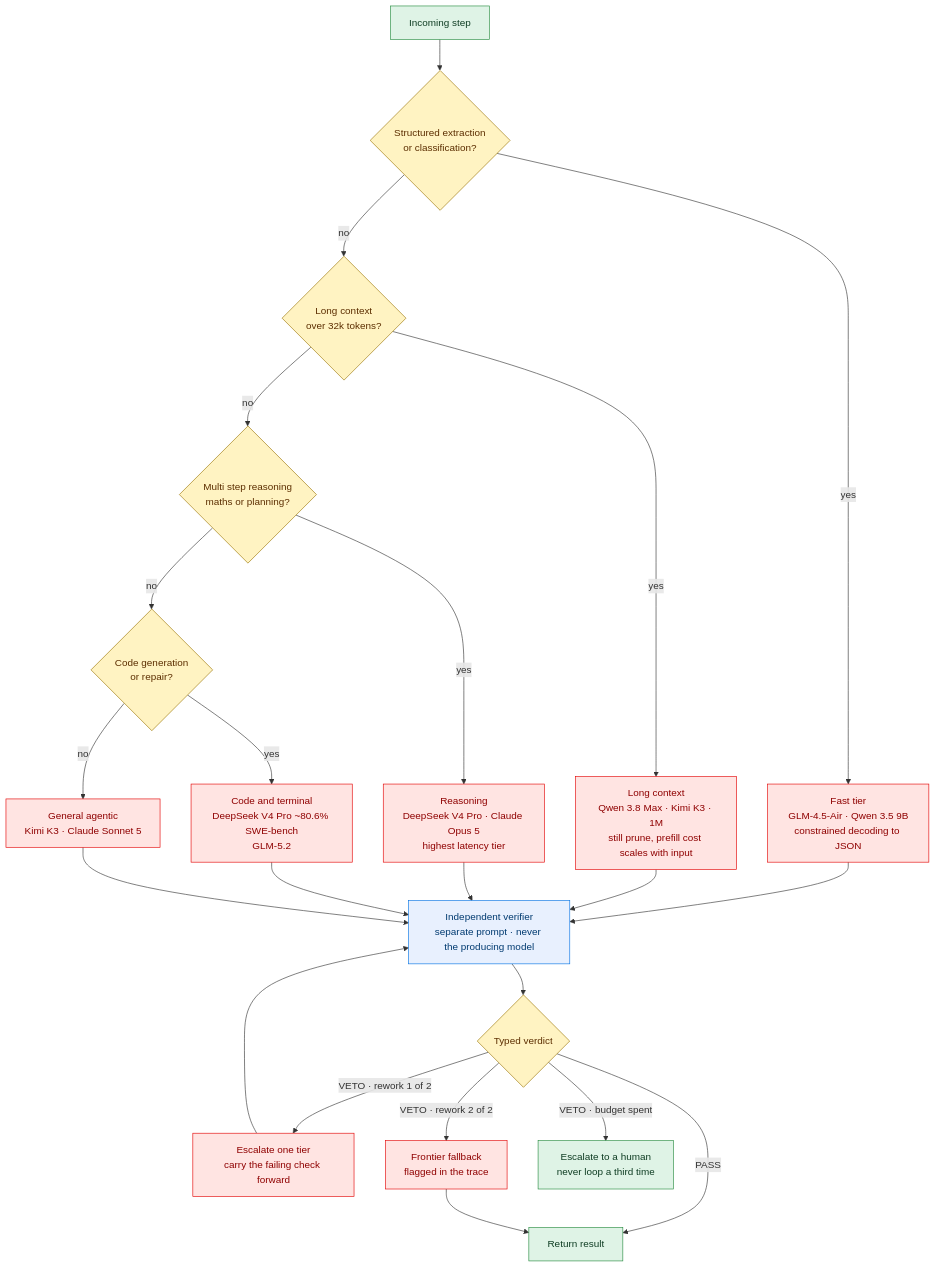
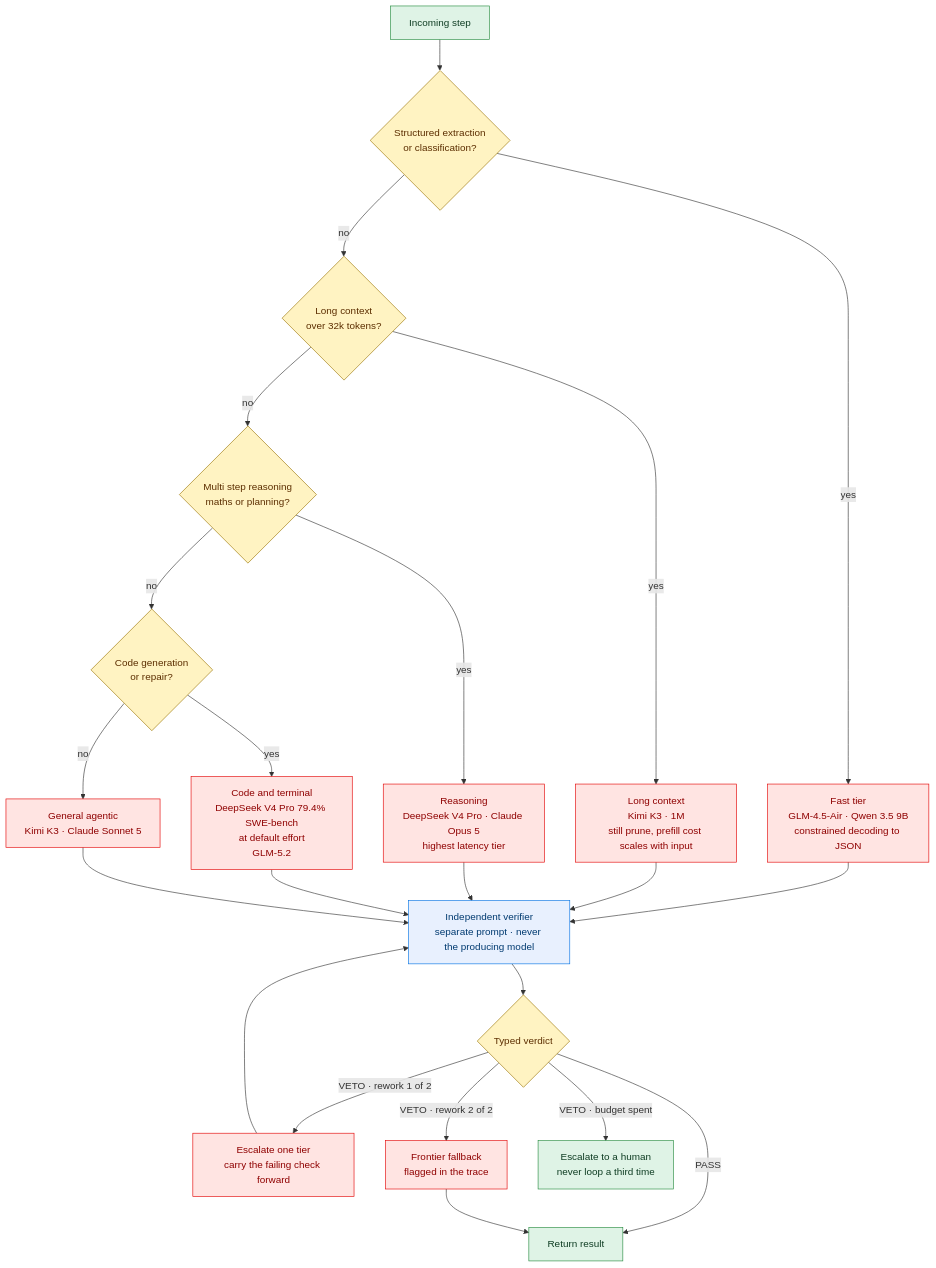
Before and after one commit to mlvpatel/open-weight-agent-stack: the diagram in diagrams/src/model-routing.mmd, drawn with Mermaid. The commit also changed 15 other files, not shown here.

```diff
--- a/diagrams/src/model-routing.mmd
+++ b/diagrams/src/model-routing.mmd
@@ -1,34 +1,34 @@
 flowchart TB
     S["Incoming step"] --> C1{"Structured extraction<br/>or classification?"}
     C1 -->|yes| SMALL["Fast tier<br/>GLM-4.5-Air · Qwen 3.5 9B<br/>constrained decoding to JSON"]
     C1 -->|no| C2{"Long context<br/>over 32k tokens?"}
-    C2 -->|yes| LONG["Long context<br/>Qwen 3.8 Max · Kimi K3 · 1M<br/>still prune, prefill cost scales with input"]
+    C2 -->|yes| LONG["Long context<br/>Kimi K3 · 1M<br/>still prune, prefill cost scales with input"]
     C2 -->|no| C3{"Multi step reasoning<br/>maths or planning?"}
     C3 -->|yes| REASON["Reasoning<br/>DeepSeek V4 Pro · Claude Opus 5<br/>highest latency tier"]
     C3 -->|no| C4{"Code generation<br/>or repair?"}
-    C4 -->|yes| CODE["Code and terminal<br/>DeepSeek V4 Pro ~80.6% SWE-bench<br/>GLM-5.2"]
+    C4 -->|yes| CODE["Code and terminal<br/>DeepSeek V4 Pro 79.4% SWE-bench<br/>at default effort<br/>GLM-5.2"]
     C4 -->|no| GEN["General agentic<br/>Kimi K3 · Claude Sonnet 5"]
 
     SMALL --> V["Independent verifier<br/>separate prompt · never the producing model"]
     LONG --> V
     REASON --> V
     CODE --> V
     GEN --> V
 
     V --> Q{"Typed verdict"}
     Q -->|PASS| OUT["Return result"]
     Q -->|VETO · rework 1 of 2| UP["Escalate one tier<br/>carry the failing check forward"]
     UP --> V
     Q -->|VETO · rework 2 of 2| CLOUD["Frontier fallback<br/>flagged in the trace"]
     CLOUD --> OUT
     Q -->|VETO · budget spent| ESC["Escalate to a human<br/>never loop a third time"]
 
     classDef decision fill:#fff3c2,stroke:#997404,color:#5c2e00
     classDef model fill:#ffe4e2,stroke:#e30000,color:#8f0000
     classDef out fill:#dff3e6,stroke:#248a3d,color:#0f3d23
     classDef check fill:#e8f0fe,stroke:#0071e3,color:#003a70
 
     class C1,C2,C3,C4,Q decision
     class SMALL,LONG,REASON,CODE,GEN,UP,CLOUD model
     class V check
     class S,OUT,ESC out
```
